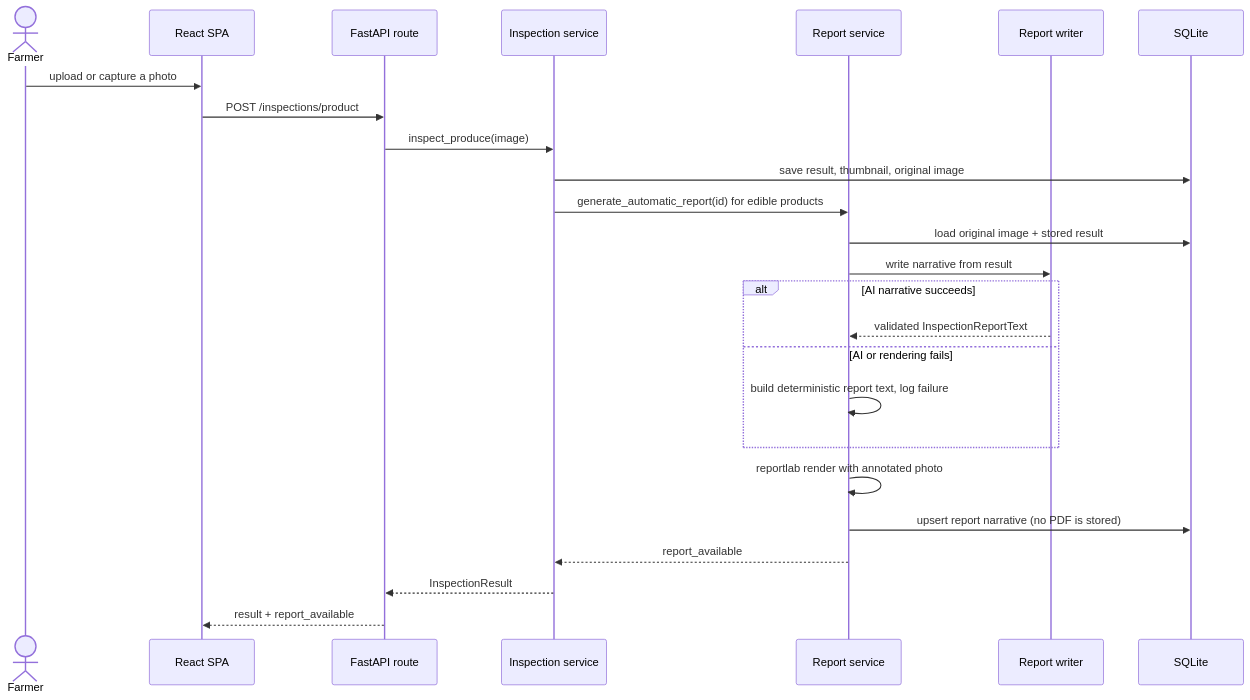
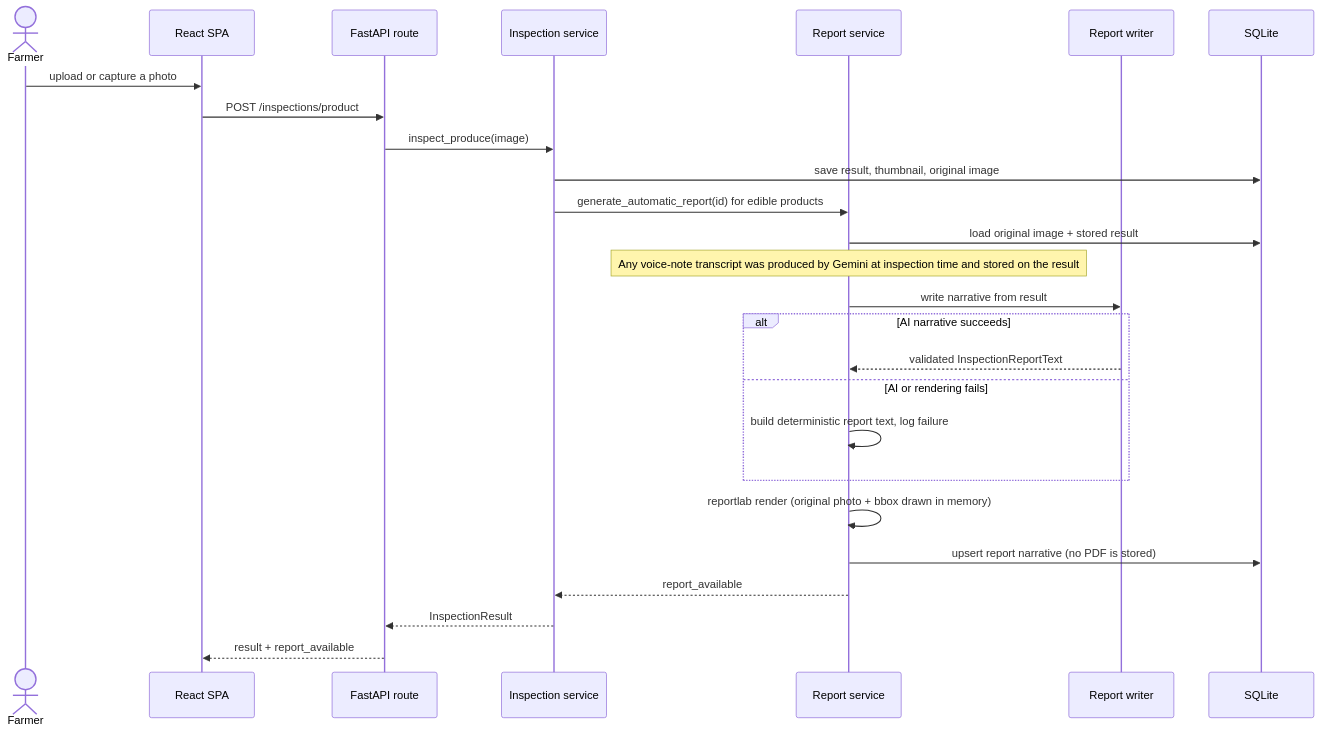
One commit to HamzaShafiq44/FieldMark changed the third of 4 diagrams in ARCHITECTURE.md. Above: the diagram before and after it, drawn with Mermaid. The commit also changed other lines of this file and 3 other files, not shown here.

````diff
--- a/ARCHITECTURE.md
+++ b/ARCHITECTURE.md
@@ -227,27 +231,28 @@
 ```mermaid
 sequenceDiagram
     actor F as Farmer
     participant UI as React SPA
     participant API as FastAPI route
     participant S as Inspection service
     participant R as Report service
     participant W as Report writer
     participant DB as SQLite
     F->>UI: upload or capture a photo
     UI->>API: POST /inspections/product
     API->>S: inspect_produce(image)
     S->>DB: save result, thumbnail, original image
     S->>R: generate_automatic_report(id) for edible products
     R->>DB: load original image + stored result
+    Note over R: Any voice-note transcript was produced by Gemini at inspection time and stored on the result
     R->>W: write narrative from result
     alt AI narrative succeeds
         W-->>R: validated InspectionReportText
     else AI or rendering fails
         R->>R: build deterministic report text, log failure
     end
-    R->>R: reportlab render with annotated photo
+    R->>R: reportlab render (original photo + bbox drawn in memory)
     R->>DB: upsert report narrative (no PDF is stored)
     R-->>S: report_available
     S-->>API: InspectionResult
     API-->>UI: result + report_available
 ```
````
